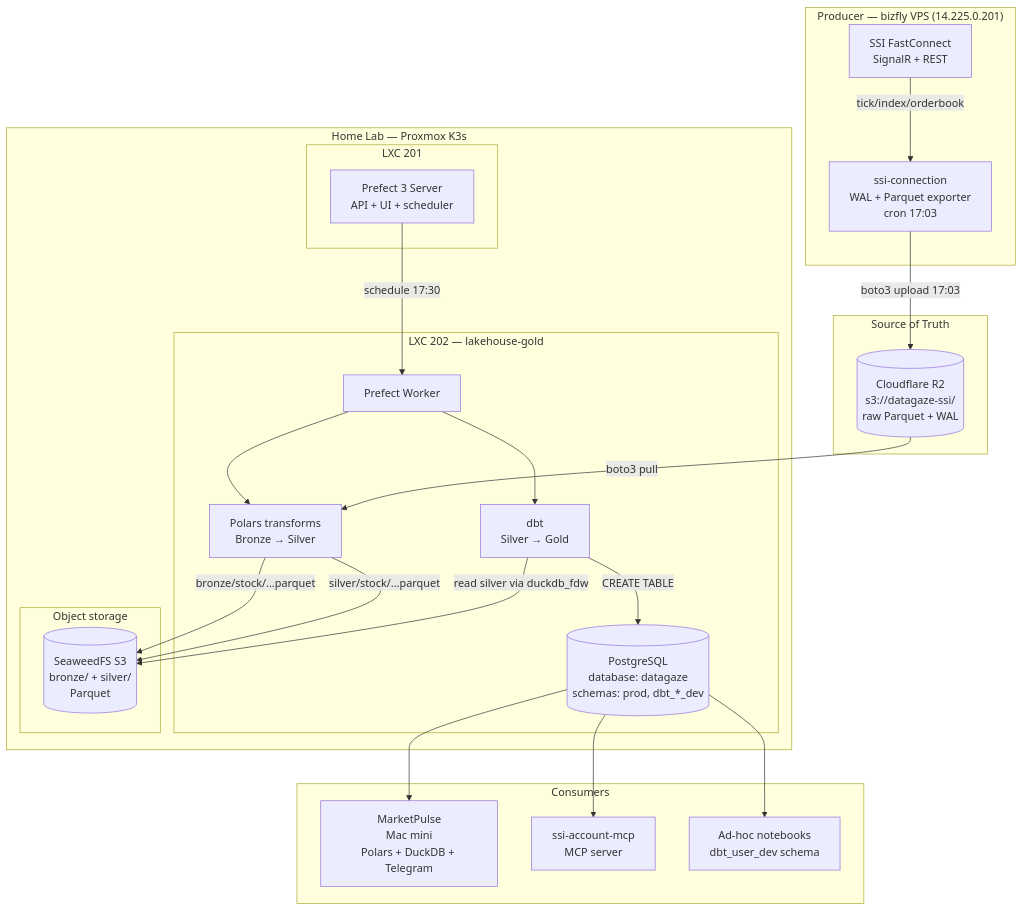
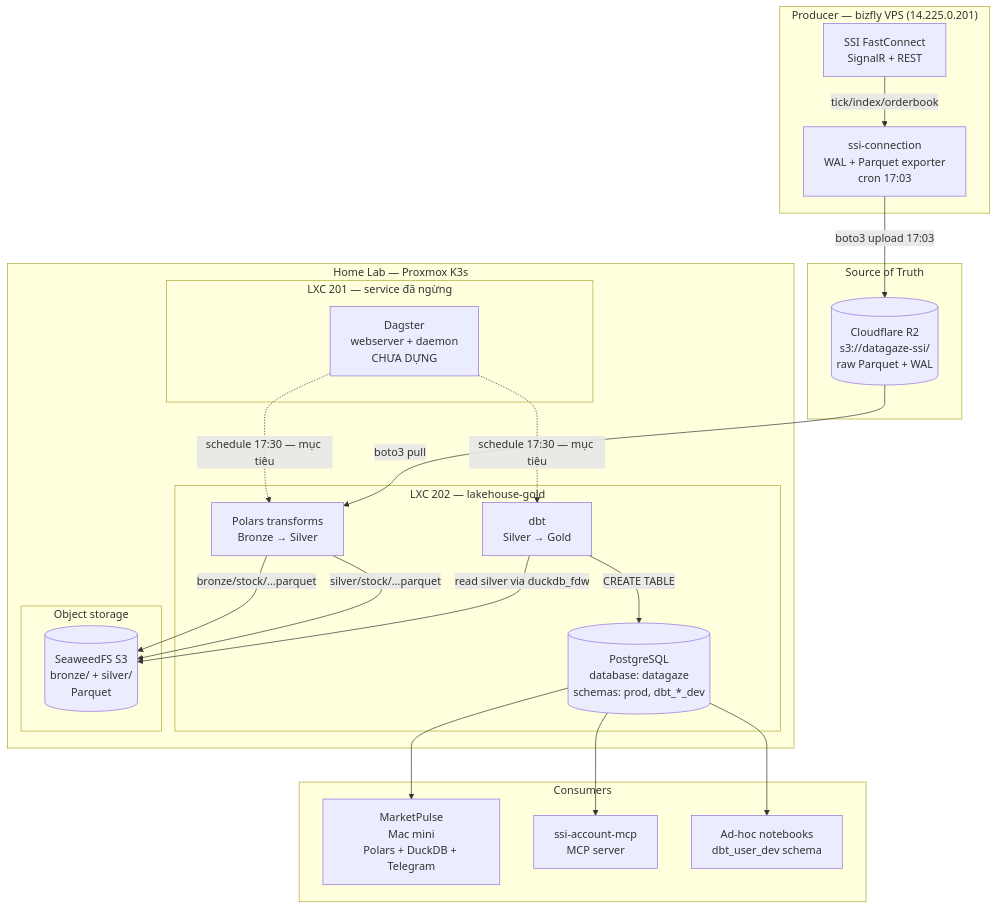
One commit to DataGaze/data-lakehouse changed the diagram in docs/architecture.md. Above: the diagram before and after it, drawn with Mermaid. The commit also changed other lines of this file and 12 other files, not shown here.

First line of the commit message:
docs: retire Prefect across the platform docs, record the Dagster decision [B2.4]

````diff
--- a/docs/architecture.md
+++ b/docs/architecture.md
@@ -59,48 +64,46 @@
 ```mermaid
 graph TB
     subgraph Producer["Producer — bizfly VPS (14.225.0.201)"]
         SSI[SSI FastConnect<br/>SignalR + REST]
         SSIConn[ssi-connection<br/>WAL + Parquet exporter<br/>cron 17:03]
         SSI -->|tick/index/orderbook| SSIConn
     end
 
     subgraph SoT["Source of Truth"]
         R2[(Cloudflare R2<br/>s3://datagaze-ssi/<br/>raw Parquet + WAL)]
     end
 
     subgraph Homelab["Home Lab — Proxmox K3s"]
-        subgraph LXC201["LXC 201"]
-            Prefect[Prefect 3 Server<br/>API + UI + scheduler]
+        subgraph LXC201["LXC 201 — service đã ngừng"]
+            Orchestrator[Dagster<br/>webserver + daemon<br/>CHƯA DỰNG]
         end
 
         subgraph LXC202["LXC 202 — lakehouse-gold"]
-            Worker[Prefect Worker]
             Polars[Polars transforms<br/>Bronze → Silver]
             Dbt[dbt<br/>Silver → Gold]
             PG[(PostgreSQL<br/>database: datagaze<br/>schemas: prod, dbt_*_dev)]
         end
 
         subgraph Storage["Object storage"]
             Seaweed[(SeaweedFS S3<br/>bronze/ + silver/<br/>Parquet)]
         end
     end
 
     subgraph Consumers["Consumers"]
         MP[MarketPulse<br/>Mac mini<br/>Polars + DuckDB + Telegram]
         MCP[ssi-account-mcp<br/>MCP server]
         Adhoc[Ad-hoc notebooks<br/>dbt_user_dev schema]
     end
 
     SSIConn -->|boto3 upload 17:03| R2
-    Prefect -->|schedule 17:30| Worker
-    Worker --> Polars
-    Worker --> Dbt
+    Orchestrator -.->|schedule 17:30 — mục tiêu| Polars
+    Orchestrator -.->|schedule 17:30 — mục tiêu| Dbt
     R2 -->|boto3 pull| Polars
     Polars -->|bronze/stock/...parquet| Seaweed
     Polars -->|silver/stock/...parquet| Seaweed
     Dbt -->|read silver via duckdb_fdw| Seaweed
     Dbt -->|CREATE TABLE| PG
     PG --> MP
     PG --> MCP
     PG --> Adhoc
 ```
````
